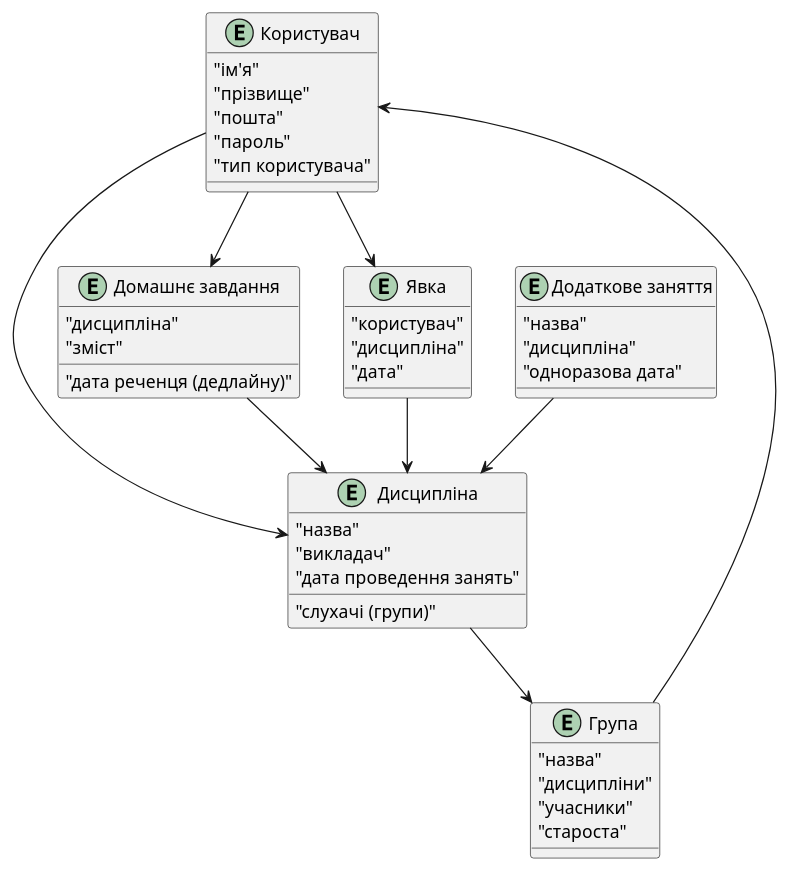
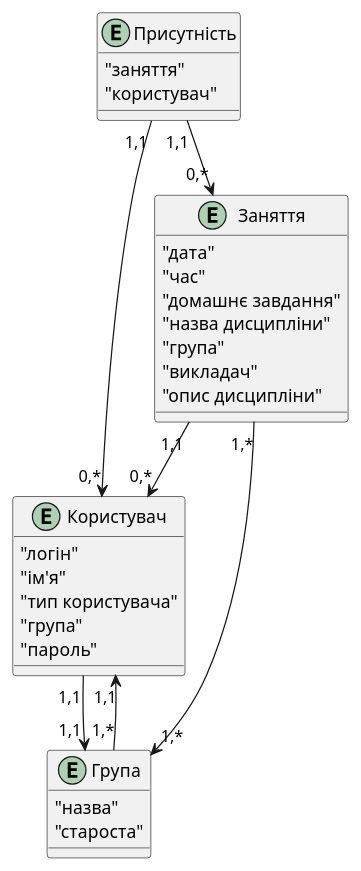
Before and after one commit to vladlinu/TeamOne: the diagram in docs/relational_model/src/ERM_model.pu, drawn with PlantUML. The commit also changed 1 other file, not shown here.

```diff
--- a/docs/relational_model/src/ERM_model.pu
+++ b/docs/relational_model/src/ERM_model.pu
@@ -1,47 +1,35 @@
 @startuml
 entity "Користувач" {
+    "логін"
     "ім'я"
-    "прізвище"
-    "пошта"
+    "тип користувача"
+    "група"
     "пароль"
-    "тип користувача"
 }
 entity "Група" {
     "назва"
-    "дисципліни"
-    "учасники"
     "староста"
 }
-entity "Дисципліна" {
-    "назва"
+entity "Заняття" {
+    "дата"
+    "час"
+    "домашнє завдання"
+    "назва дисципліни"
+    "група"
     "викладач"
-    "слухачі (групи)"
-    "дата проведення занять"
+    "опис дисципліни"
 }
-entity "Додаткове заняття" { 
-    "назва"
-    "дисципліна"
-    "одноразова дата"
-}
-entity "Домашнє завдання" {
-    "дисципліна"
-    "зміст"
-    "дата реченця (дедлайну)"
-}
-entity "Явка" {
+entity "Присутність" {
+    "заняття"
     "користувач"
-    "дисципліна"
-    "дата"
 }
 
 
+"Група" "1,*"-->"1,1" "Користувач"
+"Користувач" "1,1"-->"1,1" "Група"
+"Заняття" "1,1"-->"0,*" "Користувач"
+"Присутність" "1,1"-->"0,*" "Користувач"
+"Заняття" "1,*"-->"1,*" "Група"
+"Присутність" "1,1"-->"0,*" "Заняття"
 
-"Користувач" --> "Дисципліна"
-"Користувач" --> "Домашнє завдання"
-"Користувач" --> "Явка"
-"Група" --> "Користувач"
-"Додаткове заняття" --> "Дисципліна"
-"Дисципліна" --> "Група"
-"Домашнє завдання" --> "Дисципліна"
-"Явка" --> "Дисципліна"
 @enduml
```
